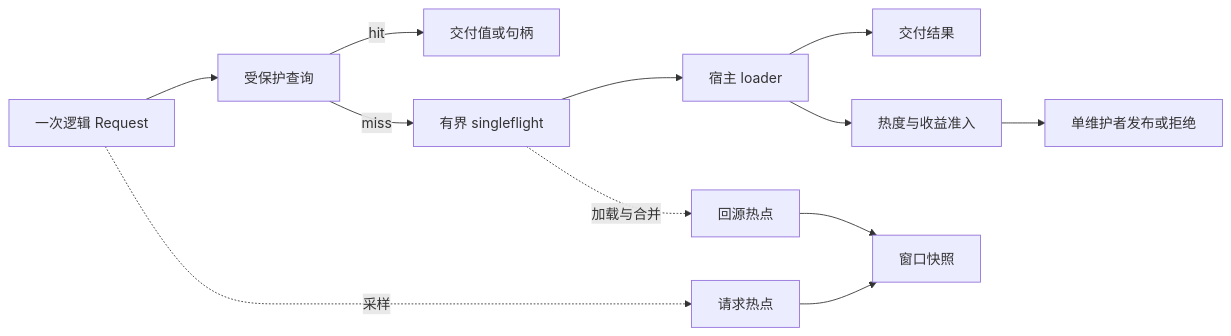
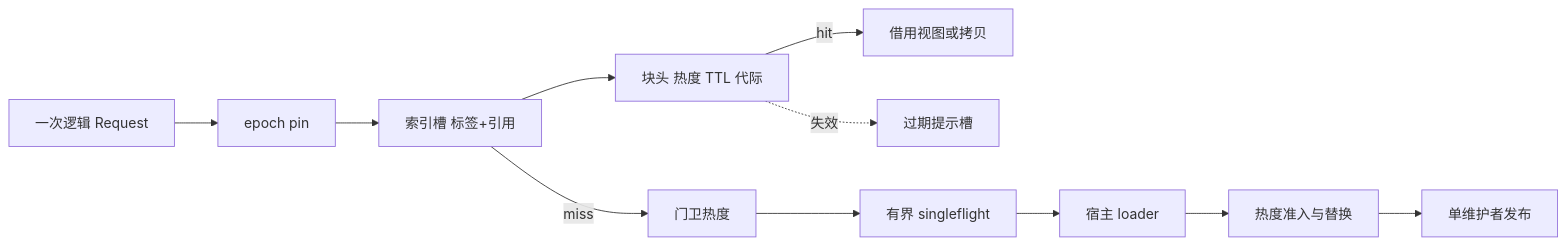
One commit to userpro/ahkc changed the diagram in ARCHITECTURE.zh.md. Above: the diagram before and after it, drawn with Mermaid. The commit also changed other lines of this file and 92 other files, not shown here.

````diff
--- a/ARCHITECTURE.zh.md
+++ b/ARCHITECTURE.zh.md
@@ -27,14 +37,13 @@
 ```mermaid
 flowchart LR
-    R[一次逻辑 Request] --> G[受保护查询]
-    G -->|hit| V[交付值或句柄]
-    G -->|miss| F[有界 singleflight]
+    R[一次逻辑 Request] --> P[epoch pin]
+    P --> I[索引槽 标签+引用]
+    I --> H[块头 热度 TTL 代际]
+    H -->|hit| V[借用视图或拷贝]
+    H -.失效.-> T[过期提示槽]
+    I -->|miss| G[门卫热度]
+    G --> F[有界 singleflight]
     F --> L[宿主 loader]
-    L --> D[交付结果]
-    L --> A[热度与收益准入]
-    A --> M[单维护者发布或拒绝]
-    R -.采样.-> Q[请求热点]
-    F -.加载与合并.-> H[回源热点]
-    Q --> W[窗口快照]
-    H --> W
+    L --> A[热度准入与替换]
+    A --> M[单维护者发布]
 ```
````
